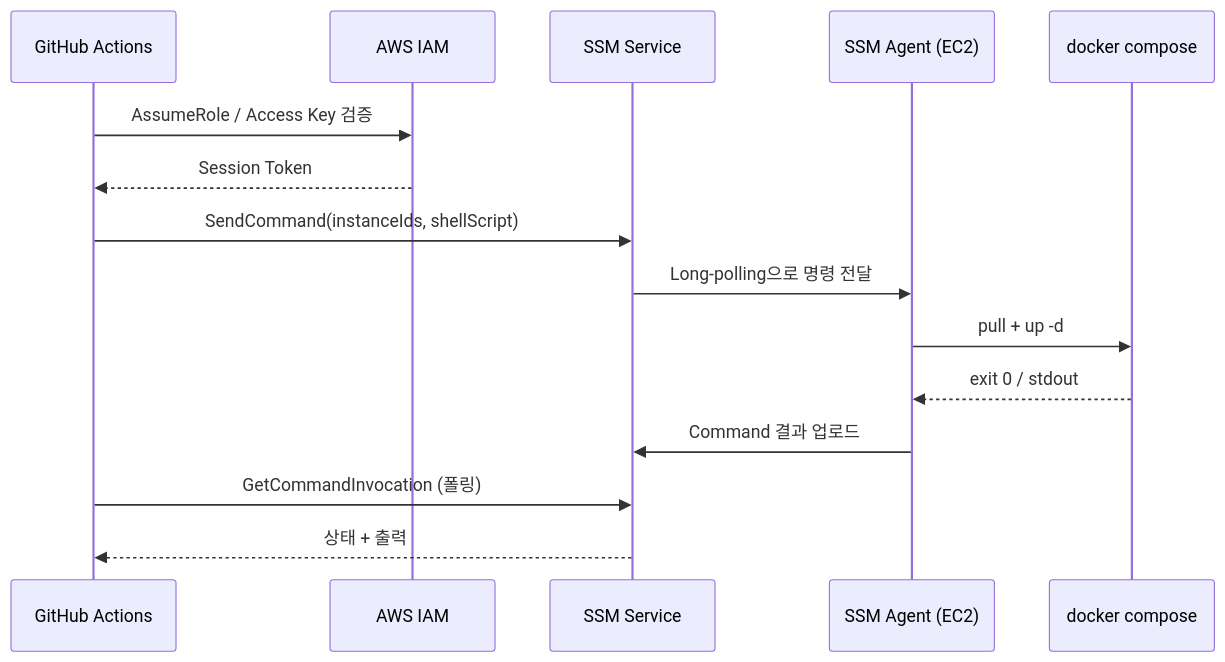
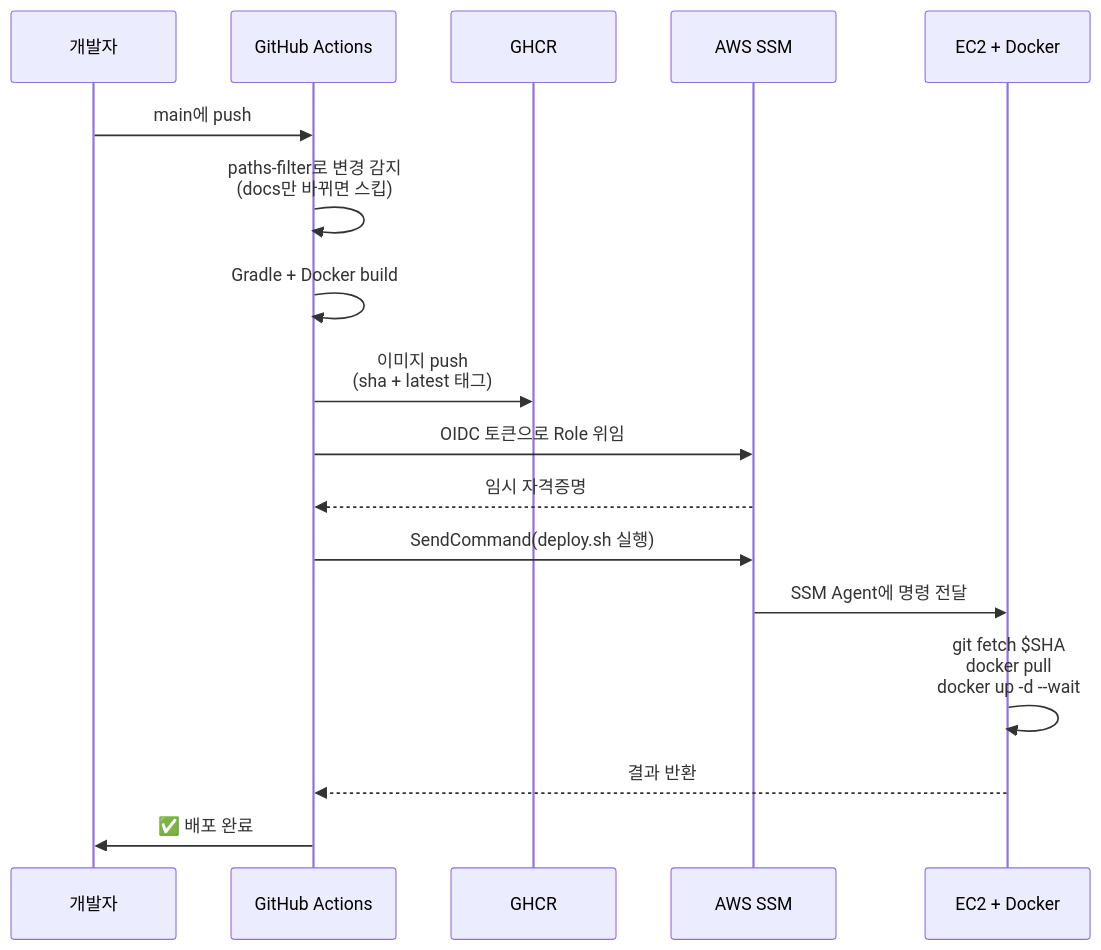
One commit to zkzkzhzj/ChatAppProject changed the fourth of 5 diagrams in docs/learning/37-cd-pipeline-design.md. Above: the diagram before and after it, drawn with Mermaid. The commit also changed other lines of this file and 9 other files, not shown here.

````diff
--- a/docs/learning/37-cd-pipeline-design.md
+++ b/docs/learning/37-cd-pipeline-design.md
@@ -249,18 +169,20 @@
 ```mermaid
 sequenceDiagram
+  participant Dev as 개발자
   participant GHA as GitHub Actions
-  participant IAM as AWS IAM
-  participant SSM as SSM Service
-  participant Agent as SSM Agent (EC2)
-  participant Docker as docker compose
+  participant GHCR as GHCR
+  participant AWS as AWS SSM
+  participant EC2 as EC2 + Docker
 
-  GHA->>IAM: AssumeRole / Access Key 검증
-  IAM-->>GHA: Session Token
-  GHA->>SSM: SendCommand(instanceIds, shellScript)
-  SSM->>Agent: Long-polling으로 명령 전달
-  Agent->>Docker: pull + up -d
-  Docker-->>Agent: exit 0 / stdout
-  Agent->>SSM: Command 결과 업로드
-  GHA->>SSM: GetCommandInvocation (폴링)
-  SSM-->>GHA: 상태 + 출력
+  Dev->>GHA: main에 push
+  GHA->>GHA: paths-filter로 변경 감지<br/>(docs만 바뀌면 스킵)
+  GHA->>GHA: Gradle + Docker build
+  GHA->>GHCR: 이미지 push<br/>(sha + latest 태그)
+  GHA->>AWS: OIDC 토큰으로 Role 위임
+  AWS-->>GHA: 임시 자격증명
+  GHA->>AWS: SendCommand(deploy.sh 실행)
+  AWS->>EC2: SSM Agent에 명령 전달
+  EC2->>EC2: git fetch $SHA<br/>docker pull<br/>docker up -d --wait
+  EC2-->>GHA: 결과 반환
+  GHA->>Dev: ✅ 배포 완료
 ```
````
